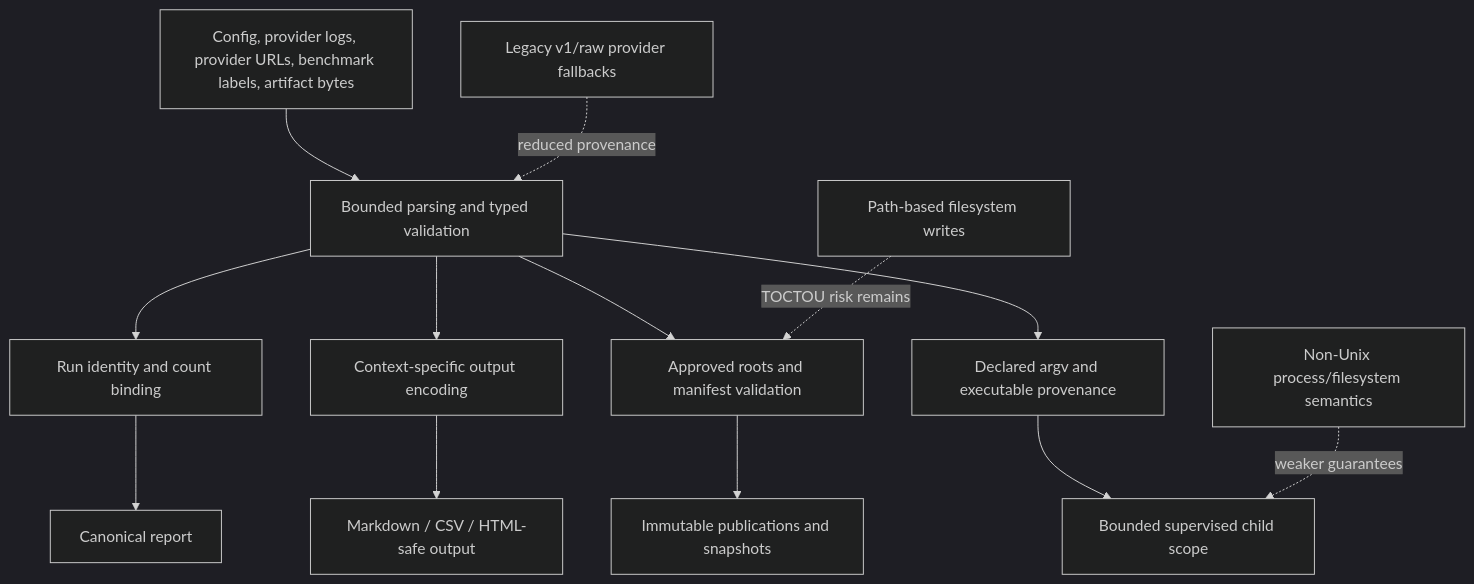
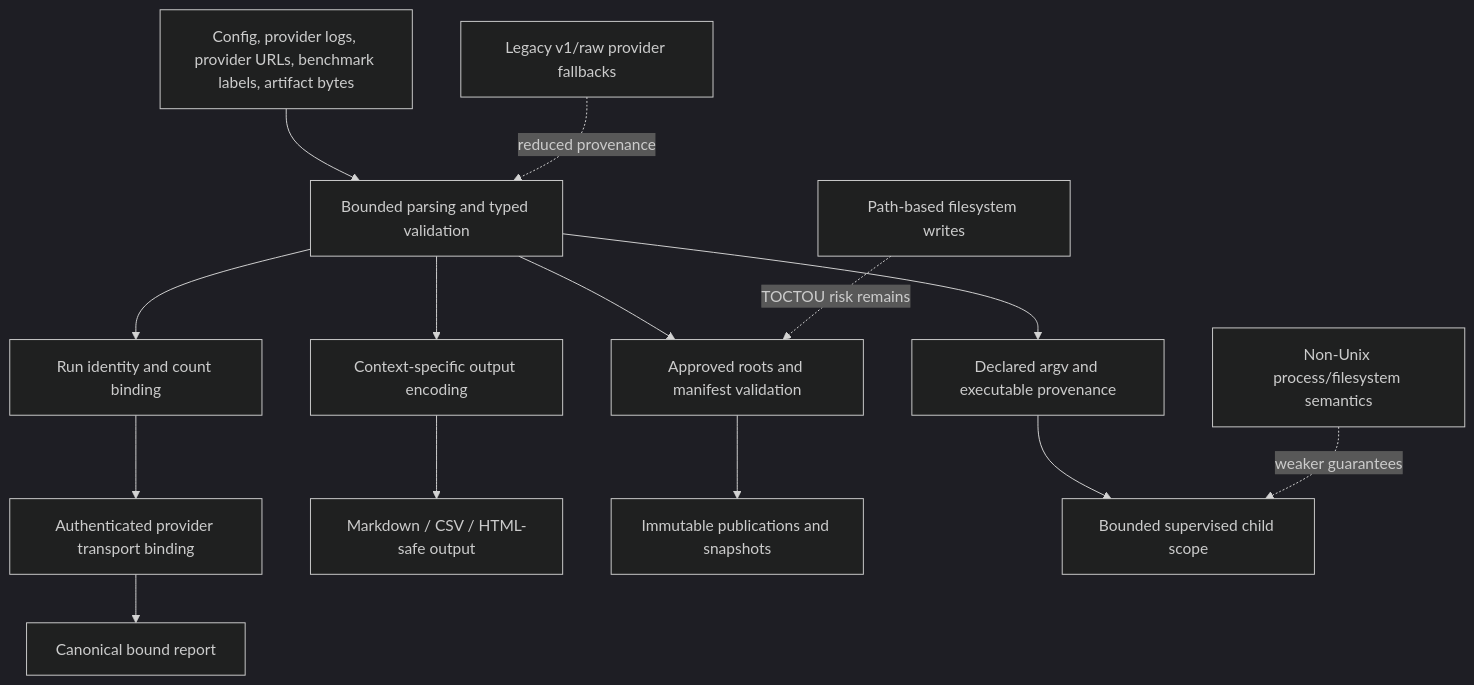
The eighth of 8 diagrams in docs/0.2-rewrite-architecture.md (worldcoin/mobile-bench-rs), drawn with Mermaid (dark theme) before and after one commit. The commit also changed other lines of this file and 33 other files, not shown here.

````diff
--- a/docs/0.2-rewrite-architecture.md
+++ b/docs/0.2-rewrite-architecture.md
@@ -447,17 +485,18 @@
 ```mermaid
 flowchart TB
     Untrusted["Config, provider logs, provider URLs, benchmark labels, artifact bytes"] --> Parse["Bounded parsing and typed validation"]
     Parse --> Identity["Run identity and count binding"]
     Parse --> Encode["Context-specific output encoding"]
     Parse --> Files["Approved roots and manifest validation"]
     Parse --> Commands["Declared argv and executable provenance"]
 
-    Identity --> Canonical["Canonical report"]
+    Identity --> Binding["Authenticated provider transport binding"]
+    Binding --> Canonical["Canonical bound report"]
     Encode --> PublishedText["Markdown / CSV / HTML-safe output"]
     Files --> Immutable["Immutable publications and snapshots"]
     Commands --> Supervised["Bounded supervised child scope"]
 
     Legacy["Legacy v1/raw provider fallbacks"] -. "reduced provenance" .-> Parse
     PathWrites["Path-based filesystem writes"] -. "TOCTOU risk remains" .-> Files
     NonUnix["Non-Unix process/filesystem semantics"] -. "weaker guarantees" .-> Supervised
 ```
````
